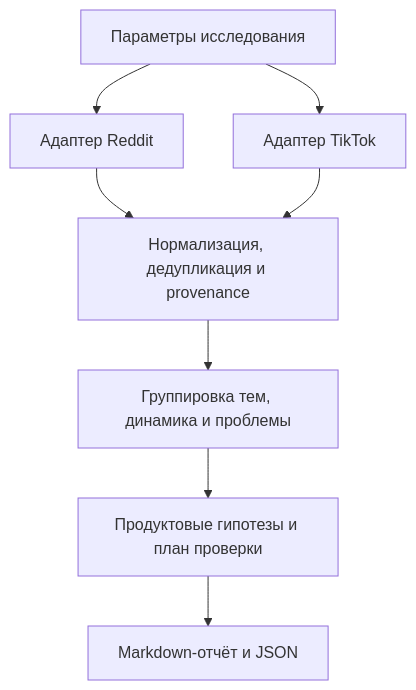
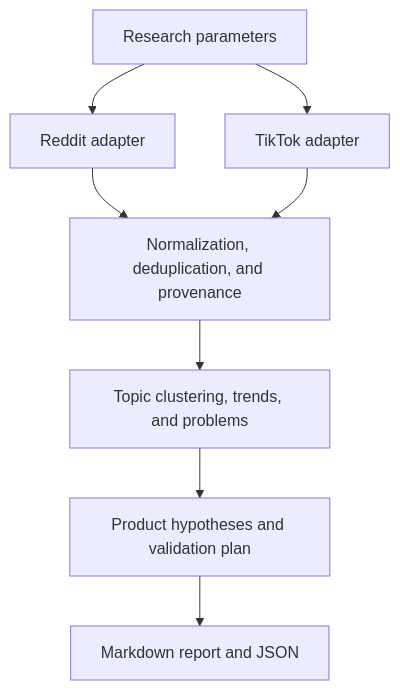
The diagram in README.md (roland19deschain/niche-hunter), drawn with Mermaid before and after one commit. The commit also changed other lines of this file and 1 other file, not shown here.

````diff
--- a/README.md
+++ b/README.md
@@ -174,10 +174,10 @@
 ```mermaid
 flowchart TD
-    Request["Параметры исследования"] --> Reddit["Адаптер Reddit"]
-    Request --> TikTok["Адаптер TikTok"]
-    Reddit --> Observations["Нормализация, дедупликация и provenance"]
+    Request["Research parameters"] --> Reddit["Reddit adapter"]
+    Request --> TikTok["TikTok adapter"]
+    Reddit --> Observations["Normalization, deduplication, and provenance"]
     TikTok --> Observations
-    Observations --> Analysis["Группировка тем, динамика и проблемы"]
-    Analysis --> Opportunities["Продуктовые гипотезы и план проверки"]
-    Opportunities --> Report["Markdown-отчёт и JSON"]
+    Observations --> Analysis["Topic clustering, trends, and problems"]
+    Analysis --> Opportunities["Product hypotheses and validation plan"]
+    Opportunities --> Report["Markdown report and JSON"]
 ```
````
